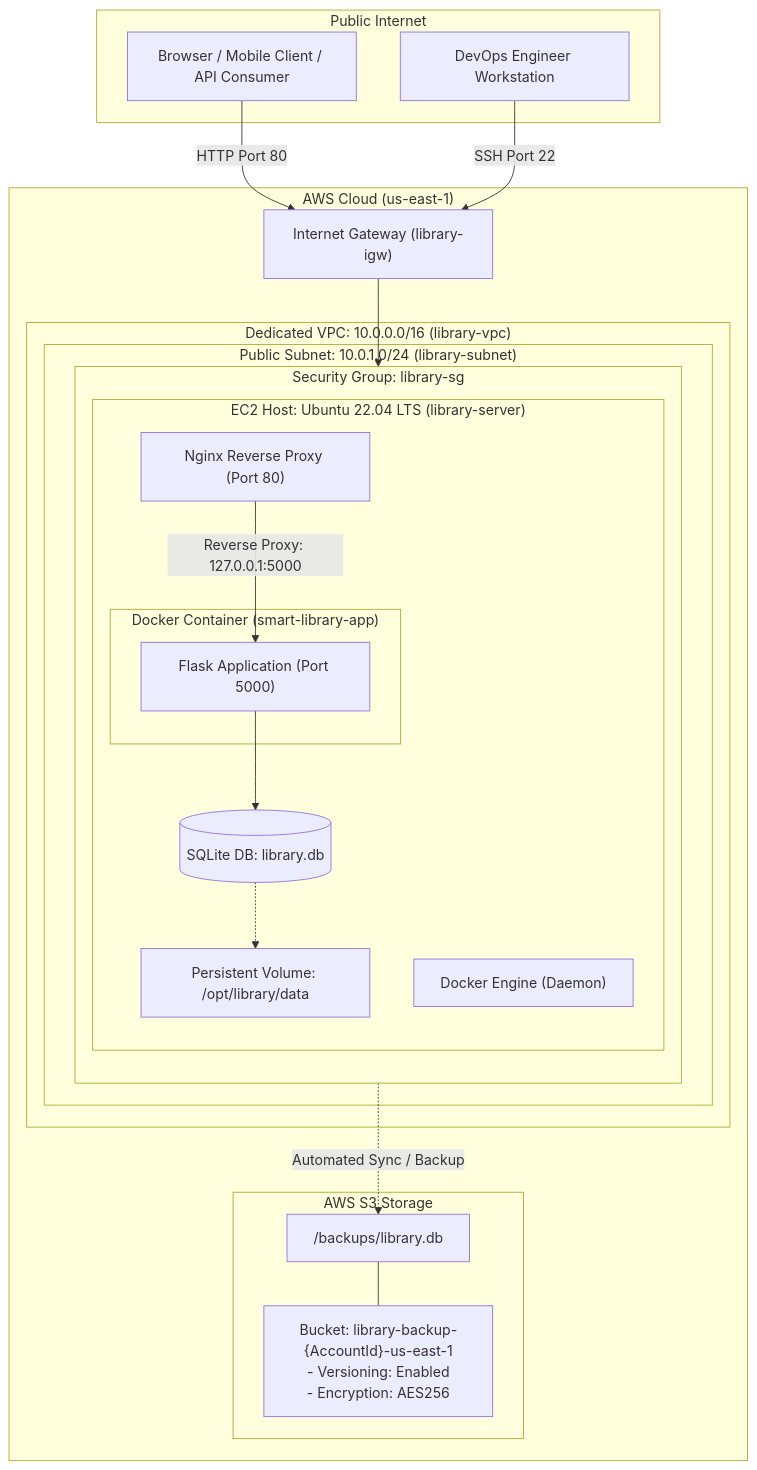
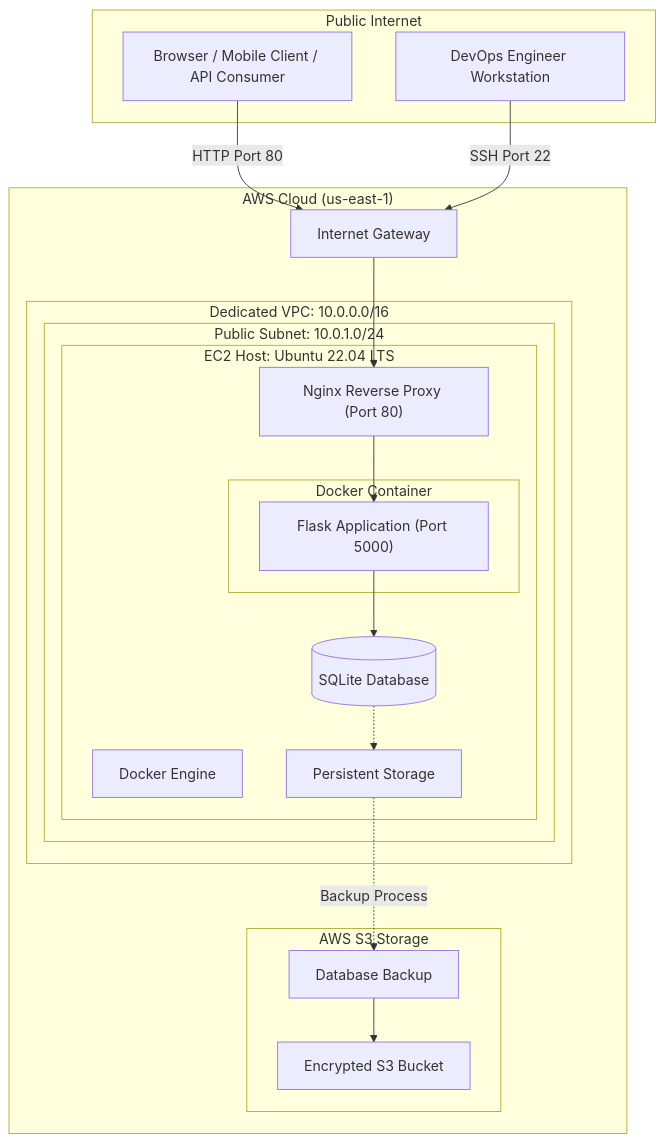
One commit to dhokanekrushna467-web/SU_Devops_SY changed the diagram in Unit-4/docs/ARCHITECTURE.md. Above: the diagram before and after it, drawn with Mermaid. The commit also changed other lines of this file, not shown here.

````diff
--- a/Unit-4/docs/ARCHITECTURE.md
+++ b/Unit-4/docs/ARCHITECTURE.md
@@ -12,42 +23,41 @@
 ```mermaid
 flowchart TD
     subgraph Internet ["Public Internet"]
         Client["Browser / Mobile Client / API Consumer"]
         Admin["DevOps Engineer Workstation"]
     end
 
     subgraph AWS_Cloud ["AWS Cloud (us-east-1)"]
-        IGW["Internet Gateway (library-igw)"]
-        
-        subgraph VPC ["Dedicated VPC: 10.0.0.0/16 (library-vpc)"]
-            subgraph Subnet ["Public Subnet: 10.0.1.0/24 (library-subnet)"]
-                subgraph SG ["Security Group: library-sg"]
-                    direction TB
-                    subgraph EC2 ["EC2 Host: Ubuntu 22.04 LTS (library-server)"]
-                        Nginx["Nginx Reverse Proxy (Port 80)"]
-                        DockerEngine["Docker Engine (Daemon)"]
-                        subgraph Container ["Docker Container (smart-library-app)"]
-                            Flask["Flask Application (Port 5000)"]
-                        end
-                        Vol["Persistent Volume: /opt/library/data"]
-                        DB[("SQLite DB: library.db")]
+        IGW["Internet Gateway"]
+
+        subgraph VPC ["Dedicated VPC: 10.0.0.0/16"]
+            subgraph Subnet ["Public Subnet: 10.0.1.0/24"]
+                subgraph EC2 ["EC2 Host: Ubuntu 22.04 LTS"]
+                    Nginx["Nginx Reverse Proxy (Port 80)"]
+                    DockerEngine["Docker Engine"]
+
+                    subgraph Container ["Docker Container"]
+                        Flask["Flask Application (Port 5000)"]
                     end
+
+                    Vol["Persistent Storage"]
+                    DB[("SQLite Database")]
                 end
             end
         end
 
         subgraph S3_Storage ["AWS S3 Storage"]
-            S3["Bucket: library-backup-{AccountId}-us-east-1\n- Versioning: Enabled\n- Encryption: AES256"]
-            BackupObj["/backups/library.db"]
+            S3["Encrypted S3 Bucket"]
+            BackupObj["Database Backup"]
         end
     end
 
     Client -->|HTTP Port 80| IGW
     Admin -->|SSH Port 22| IGW
     IGW --> Nginx
-    Nginx -->|Reverse Proxy: 127.0.0.1:5000| Flask
+    Nginx --> Flask
     Flask --> DB
     DB -.-> Vol
-    Vol -.->|Automated Sync / Backup| BackupObj
-    BackupObj --- S3
+    Vol -.->|Backup Process| BackupObj
+    BackupObj --> S3
 ```
````
